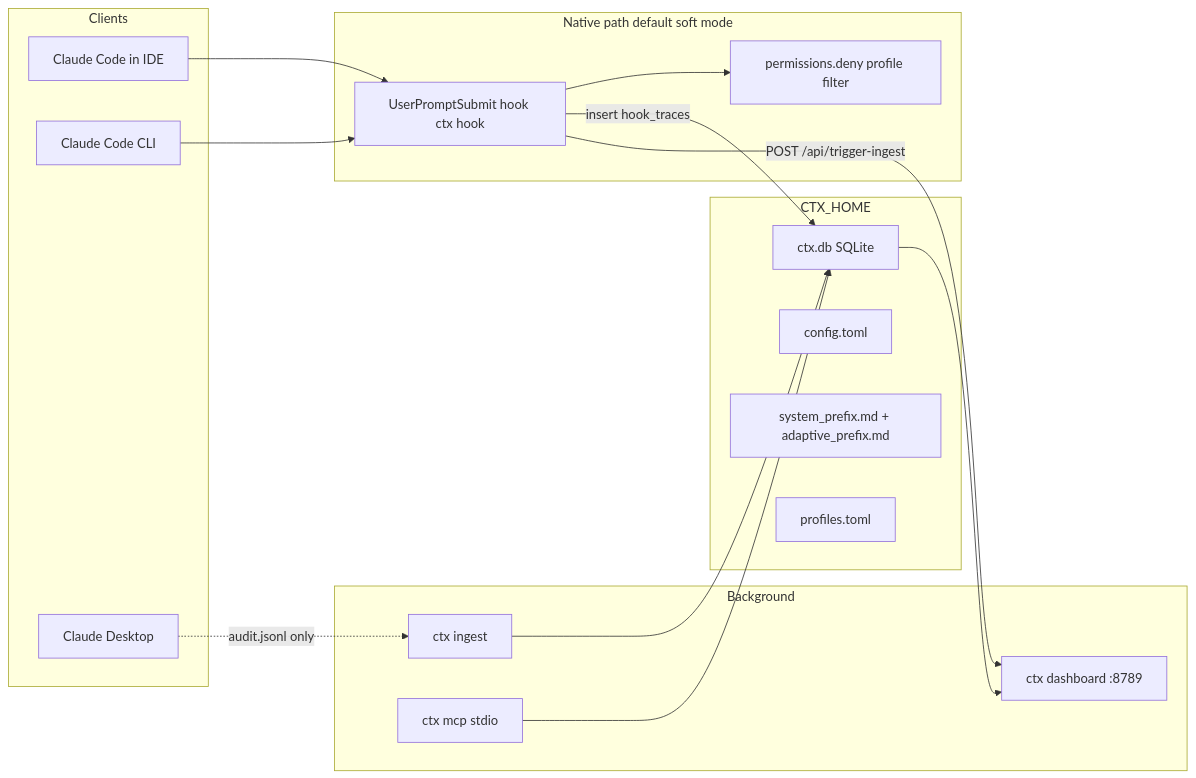
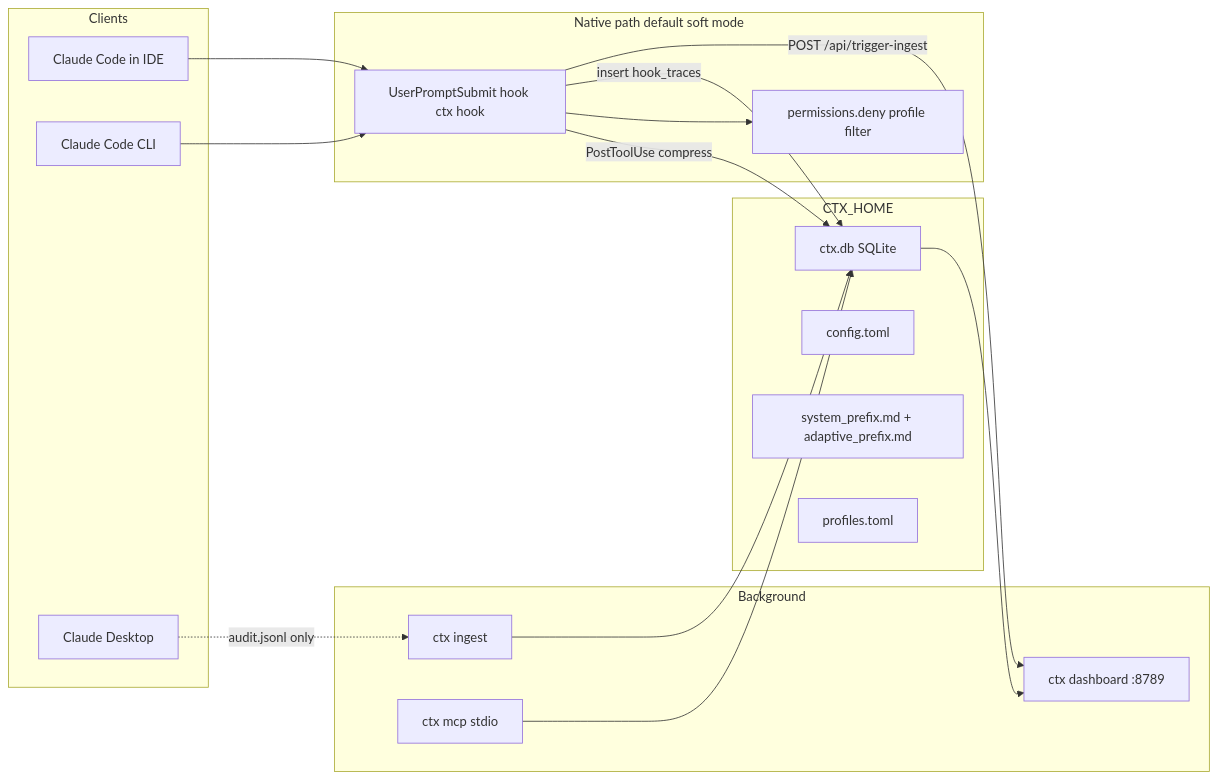
One commit to saurabh0392/ctx changed the diagram in ARCHITECTURE.md. Above: the diagram before and after it, drawn with Mermaid. The commit also changed other lines of this file and 109 other files, not shown here.

````diff
--- a/ARCHITECTURE.md
+++ b/ARCHITECTURE.md
@@ -9,33 +9,34 @@
 ```mermaid
 flowchart LR
   subgraph clients [Clients]
     CC_IDE["Claude Code in IDE"]
     CC_CLI["Claude Code CLI"]
     Desktop["Claude Desktop"]
   end
   subgraph native [Native path default soft mode]
     Hooks["UserPromptSubmit hook ctx hook"]
     Deny["permissions.deny profile filter"]
   end
   subgraph data [CTX_HOME]
     DB["ctx.db SQLite"]
     Config["config.toml"]
     Prefix["system_prefix.md + adaptive_prefix.md"]
     Profiles["profiles.toml"]
   end
   subgraph services [Background]
     Dashboard["ctx dashboard :8789"]
     Ingest["ctx ingest"]
     MCP["ctx mcp stdio"]
   end
 
   CC_IDE --> Hooks
   CC_CLI --> Hooks
+  Hooks -->|"PostToolUse compress"| DB
   Hooks --> Deny
   Hooks -->|"insert hook_traces"| DB
   Hooks -->|"POST /api/trigger-ingest"| Dashboard
   Ingest --> DB
   DB --> Dashboard
   MCP --> DB
   Desktop -.->|"audit.jsonl only"| Ingest
 ```
````
